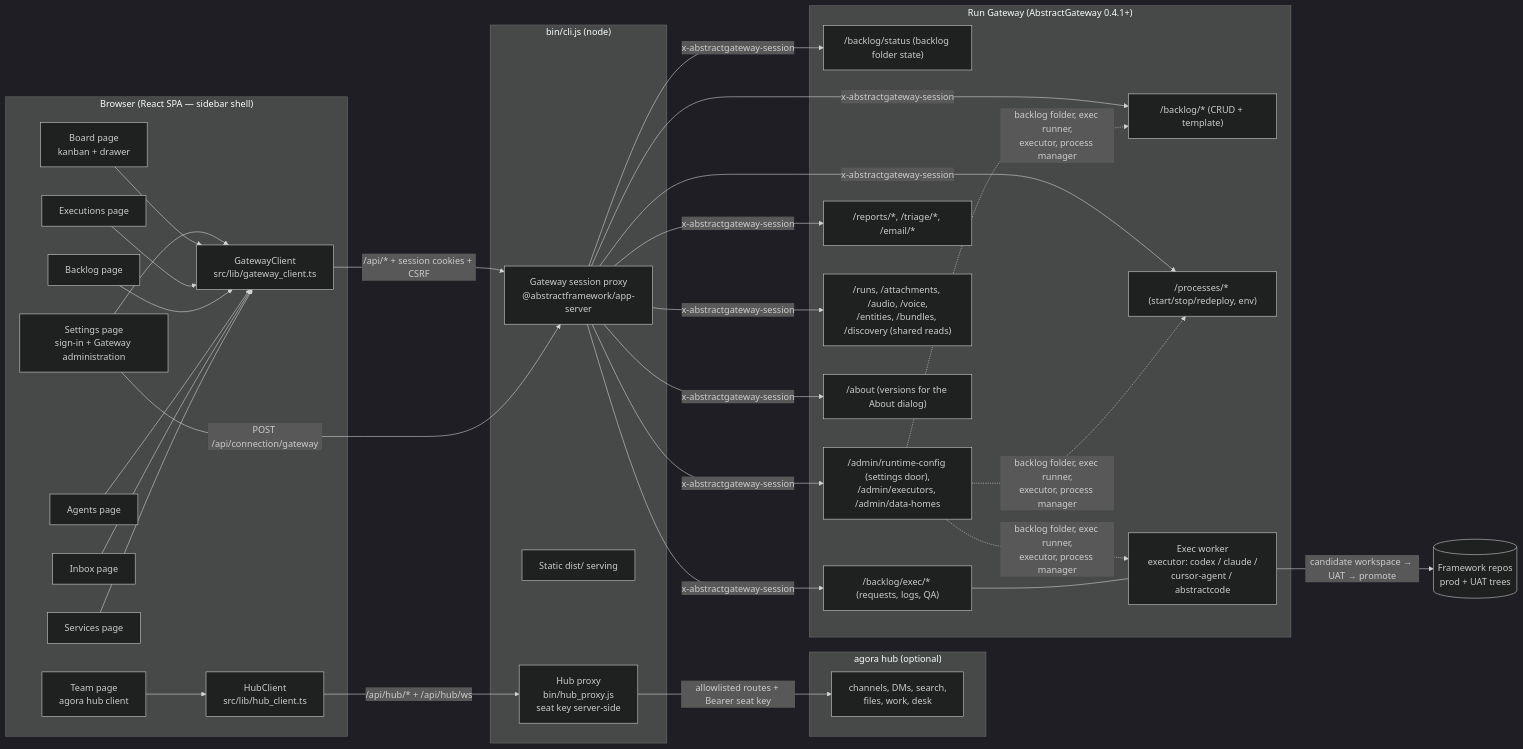
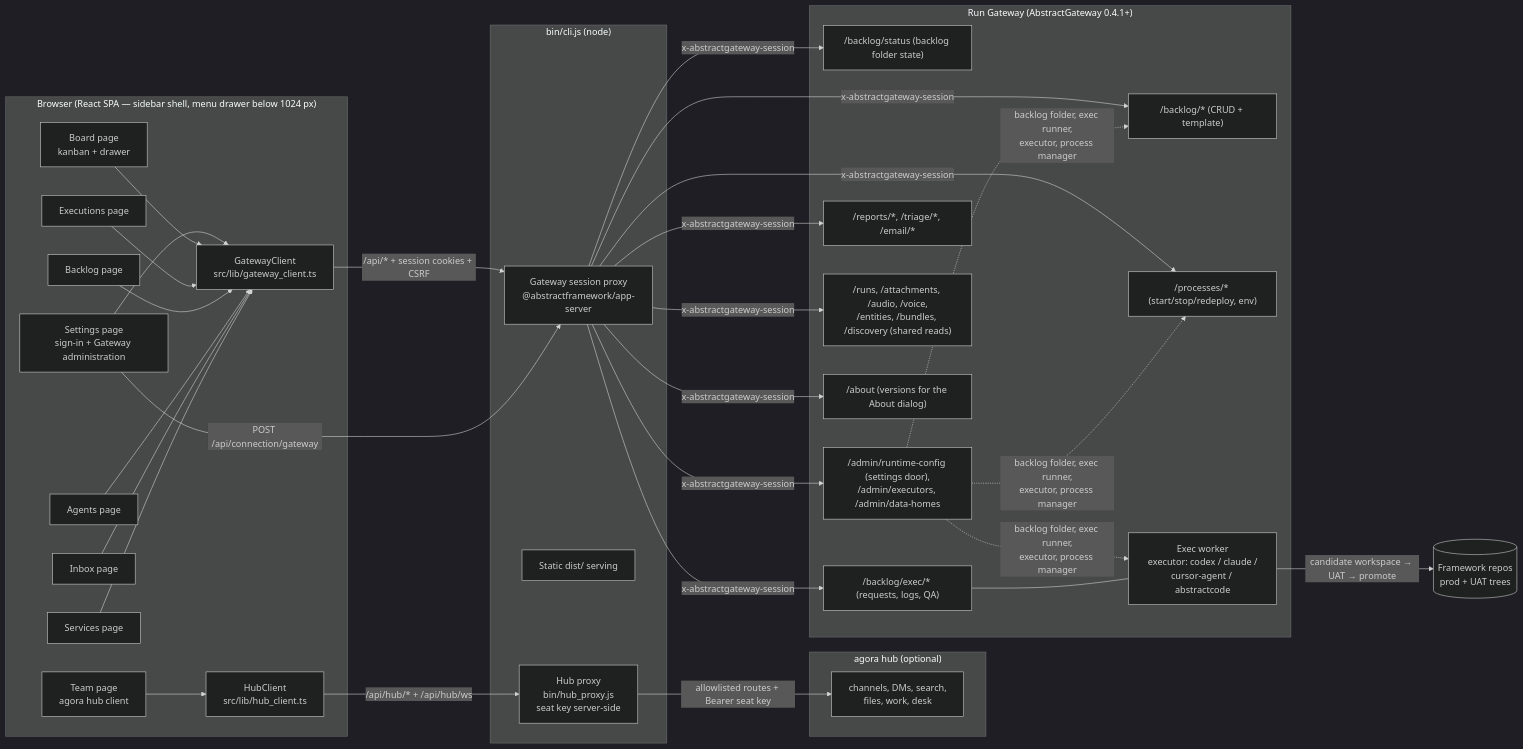
The first of 4 diagrams in docs/architecture.md (lpalbou/AbstractContinuum), drawn with Mermaid (dark theme) before and after one commit. The commit also changed other lines of this file and 13 other files, not shown here.

````diff
--- a/docs/architecture.md
+++ b/docs/architecture.md
@@ -10,54 +10,54 @@
 ```mermaid
 flowchart LR
-    subgraph Browser["Browser (React SPA — sidebar shell)"]
+    subgraph Browser["Browser (React SPA — sidebar shell, menu drawer below 1024 px)"]
         BO[Board page<br/>kanban + drawer]
         EX[Executions page]
         BL[Backlog page]
         AG[Agents page]
         TM[Team page<br/>agora hub client]
         HC[HubClient<br/>src/lib/hub_client.ts]
         IN[Inbox page]
         PR[Services page]
         SE[Settings page<br/>sign-in + Gateway administration]
         GC[GatewayClient<br/>src/lib/gateway_client.ts]
         SE --> GC
         BO --> GC
         EX --> GC
         BL --> GC
         AG --> GC
         IN --> GC
         PR --> GC
         TM --> HC
     end
 
     subgraph AppServer["bin/cli.js (node)"]
         SP[Gateway session proxy<br/>@abstractframework/app-server]
         ST[Static dist/ serving]
         HP[Hub proxy<br/>bin/hub_proxy.js<br/>seat key server-side]
     end
 
     subgraph Hub["agora hub (optional)"]
         HA["channels, DMs, search,<br/>files, work, desk"]
     end
 
     subgraph Gateway["Run Gateway (AbstractGateway 0.4.1+)"]
         BS["/backlog/status (backlog folder state)"]
         AD["/admin/runtime-config (settings door),<br/>/admin/executors, /admin/data-homes"]
         BK["/backlog/* (CRUD + template)"]
         EP["/backlog/exec/* (requests, logs, QA)"]
         RP["/reports/*, /triage/*, /email/*"]
         PM["/processes/* (start/stop/redeploy, env)"]
         SH["/runs, /attachments, /audio, /voice,<br/>/entities, /bundles, /discovery (shared reads)"]
         AB["/about (versions for the About dialog)"]
         WK[Exec worker<br/>executor: codex / claude /<br/>cursor-agent / abstractcode]
     end
 
     GC -- "/api/* + session cookies + CSRF" --> SP
     SE -- "POST /api/connection/gateway" --> SP
     SP -- "x-abstractgateway-session" --> BS & AD & BK & EP & RP & PM & SH & AB
     AD -. "backlog folder, exec runner,<br/>executor, process manager" .-> BK & WK & PM
     HC -- "/api/hub/* + /api/hub/ws" --> HP
     HP -- "allowlisted routes + Bearer seat key" --> HA
     EP --- WK
     WK -- "candidate workspace → UAT → promote" --> Repos[(Framework repos<br/>prod + UAT trees)]
 ```
````
